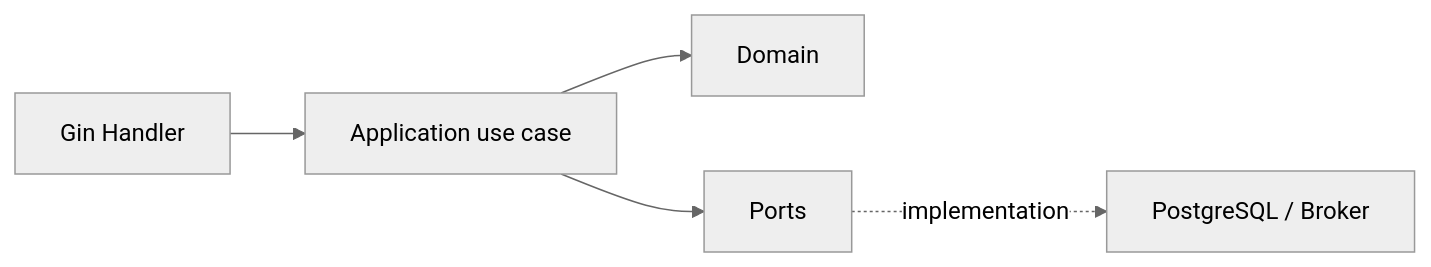
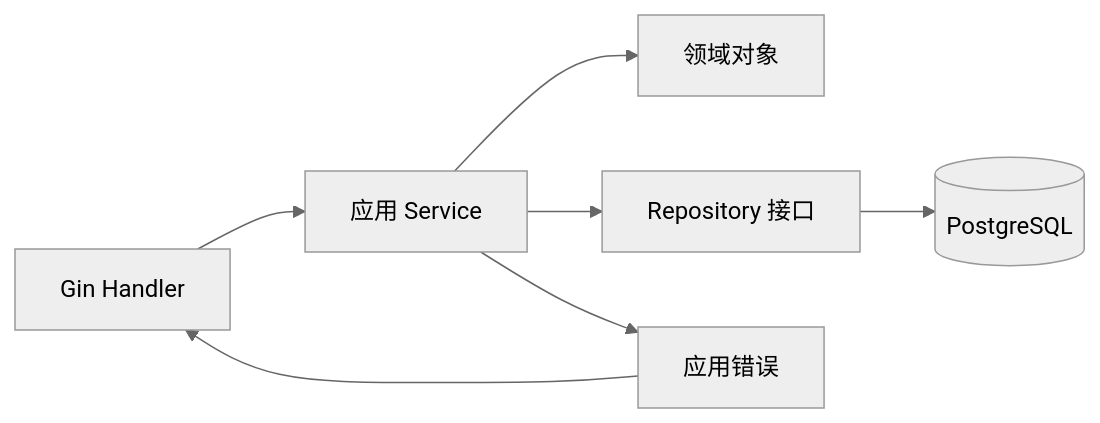
One commit to upJiang/jiang-blog-vitepress changed the diagram in docs/backend/go-gin-layered-errors.md. Above: the diagram before and after it, drawn with Mermaid (neutral theme). The commit also changed other lines of this file and 164 other files, not shown here.

````diff
--- a/docs/backend/go-gin-layered-errors.md
+++ b/docs/backend/go-gin-layered-errors.md
@@ -41,7 +22,9 @@
 ```mermaid
 flowchart LR
-  H[Gin Handler] --> A[Application use case]
-  A --> D[Domain]
-  A --> P[Ports]
-  P -. implementation .-> I[PostgreSQL / Broker]
+  H[Gin Handler] --> S[应用 Service]
+  S --> D[领域对象]
+  S --> R[Repository 接口]
+  R --> P[(PostgreSQL)]
+  S --> E[应用错误]
+  E --> H
 ```
````
